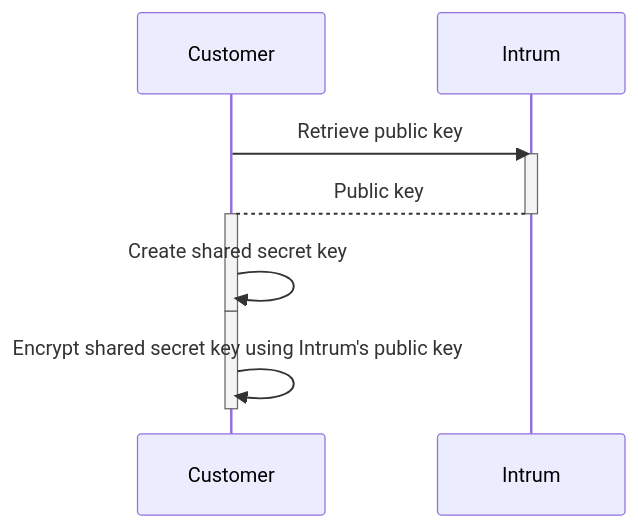
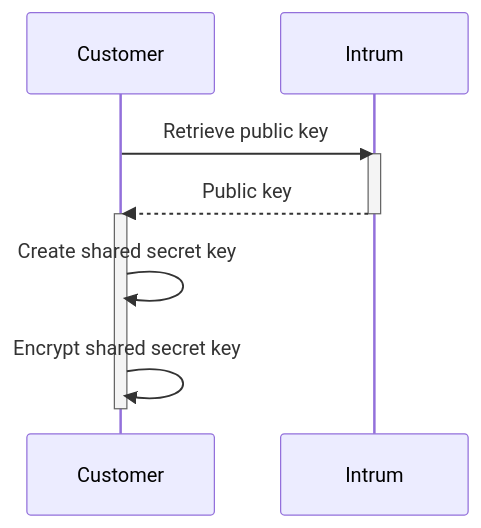
The diagram in README.md (swisspost/abonit-samples), drawn with Mermaid before and after one commit.

Commit message:
Fix public key sequence diagram

````diff
--- a/README.md
+++ b/README.md
@@ -13,13 +13,11 @@
 ```mermaid
 sequenceDiagram
     Customer->>Intrum: Retrieve public key
     activate Intrum
-    Intrum-->Customer: Public key
+    Intrum-->>Customer: Public key
     deactivate Intrum
     activate Customer
     Customer->>Customer: Create shared secret key
-    deactivate Customer
-    activate Customer
-    Customer->>Customer: Encrypt shared secret key using Intrum's public key
+    Customer->>Customer: Encrypt shared secret key
     deactivate Customer
 ```
````
